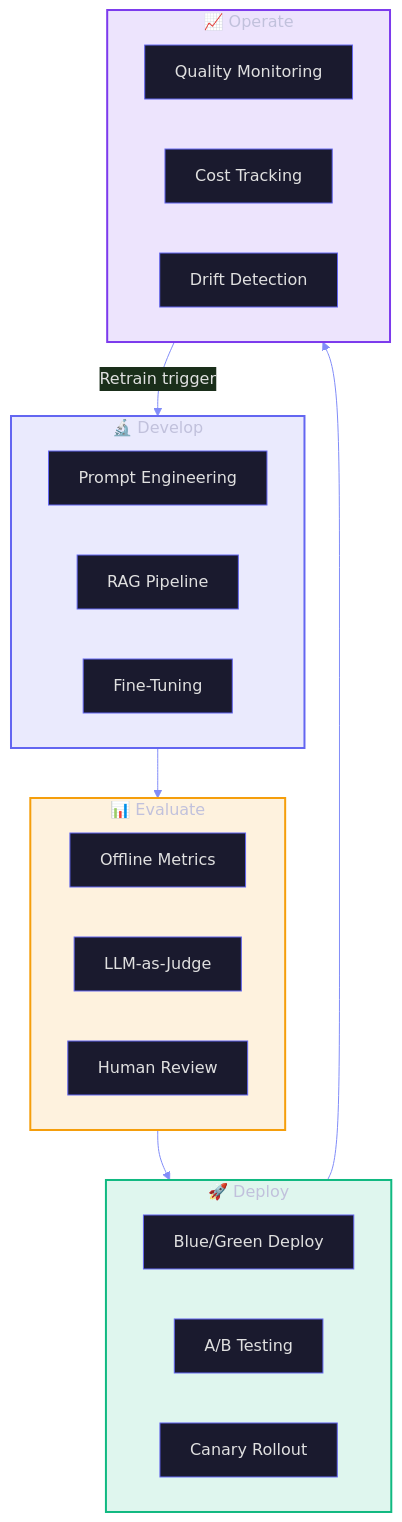
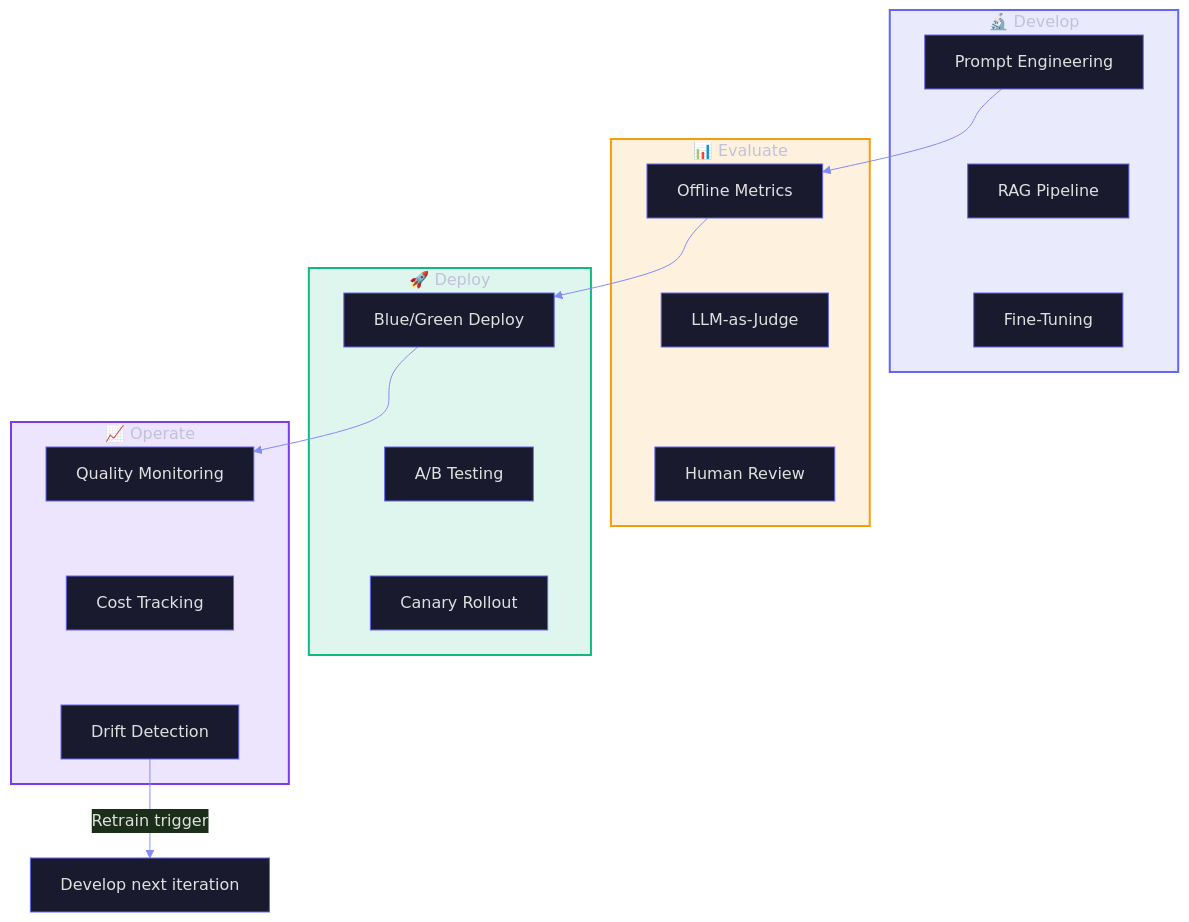
One commit to frootai/frootai changed the seventh of 7 diagrams in docs/T1-Fine-Tuning-MLOps.md. Above: the diagram before and after it, drawn with Mermaid. The commit also changed other lines of this file and 15 other files, not shown here.

Commit message:
docs: harden learning module diagrams

````diff
--- a/docs/T1-Fine-Tuning-MLOps.md
+++ b/docs/T1-Fine-Tuning-MLOps.md
@@ -419,35 +419,40 @@
 ```mermaid
 %%{init: {'theme': 'base', 'themeVariables': {'primaryColor': '#1a1a2e', 'primaryTextColor': '#e0e0e0', 'primaryBorderColor': '#6366f1', 'lineColor': '#818cf8', 'background': 'transparent'}}}%%
 graph TB
     subgraph DEVELOP["🔬 Develop"]
         D1["Prompt Engineering"]
         D2["RAG Pipeline"]
         D3["Fine-Tuning"]
     end
     
     subgraph EVALUATE["📊 Evaluate"]
         E1["Offline Metrics"]
         E2["LLM-as-Judge"]
         E3["Human Review"]
     end
     
     subgraph DEPLOY_P["🚀 Deploy"]
         P1["Blue/Green Deploy"]
         P2["A/B Testing"]
         P3["Canary Rollout"]
     end
     
     subgraph OPERATE["📈 Operate"]
         O1["Quality Monitoring"]
         O2["Cost Tracking"]
         O3["Drift Detection"]
     end
     
-    DEVELOP --> EVALUATE --> DEPLOY_P --> OPERATE
-    OPERATE -->|"Retrain trigger"| DEVELOP
+    D1 ~~~ D2 ~~~ D3
+    E1 ~~~ E2 ~~~ E3
+    P1 ~~~ P2 ~~~ P3
+    O1 ~~~ O2 ~~~ O3
+
+    D1 --> E1 --> P1 --> O1
+    O3 -->|"Retrain trigger"| NEXT["Develop next iteration"]
     
     style DEVELOP fill:#6366f122,stroke:#6366f1,stroke-width:2px
     style EVALUATE fill:#f59e0b22,stroke:#f59e0b,stroke-width:2px
     style DEPLOY_P fill:#10b98122,stroke:#10b981,stroke-width:2px
     style OPERATE fill:#7c3aed22,stroke:#7c3aed,stroke-width:2px
 ```
````
